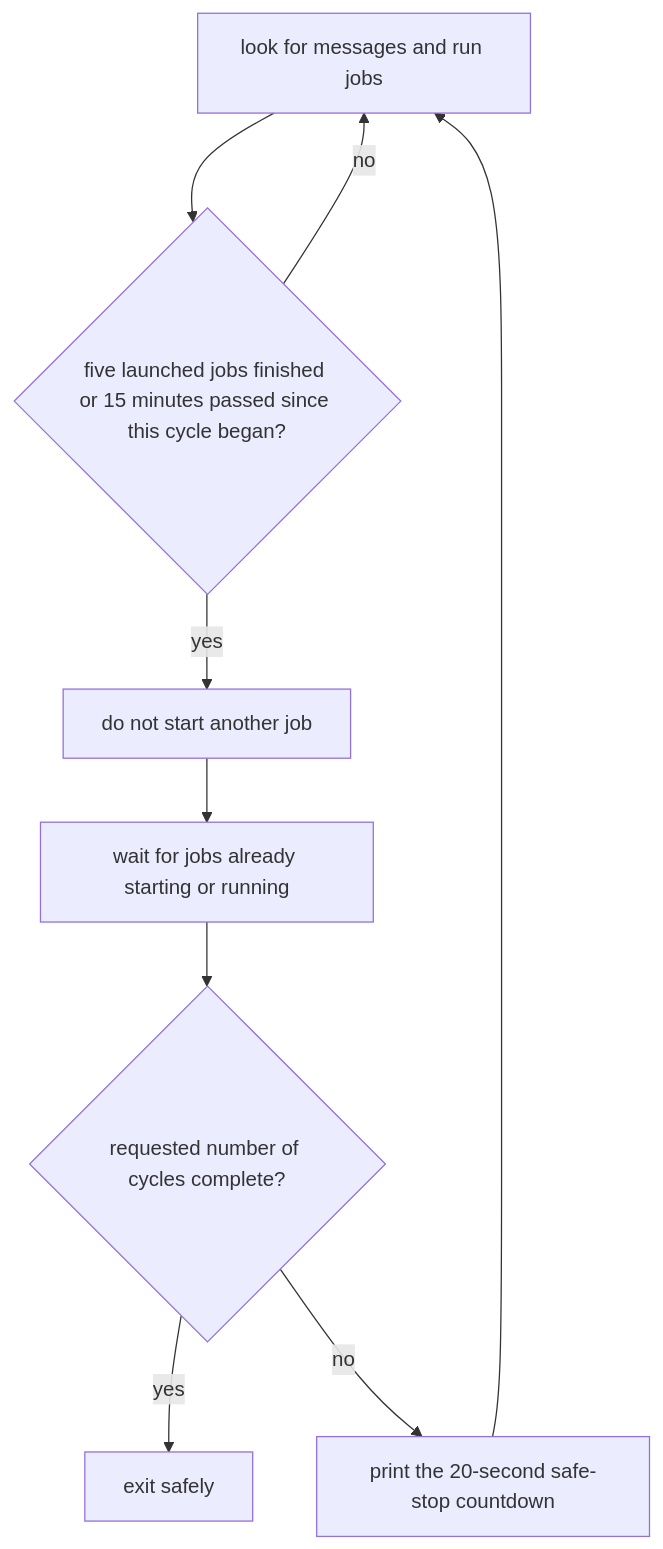
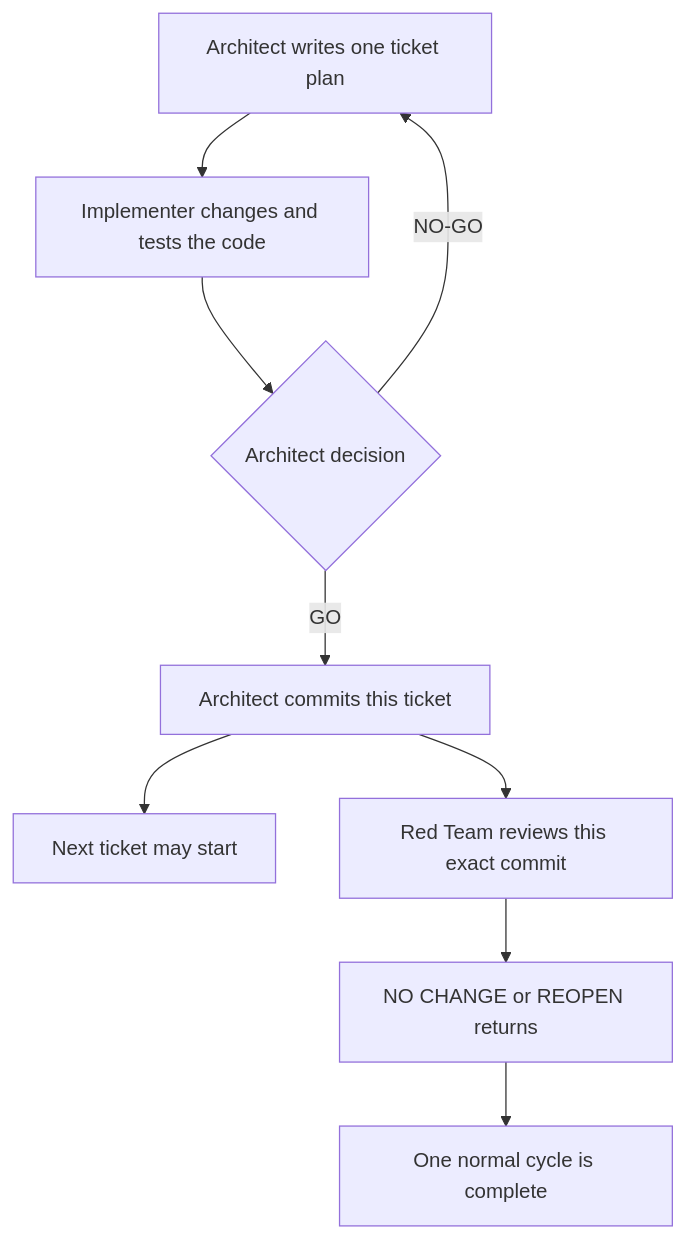
The diagram in ai/tools/README.md (SBU-COSMOLIKE/emulators_code_v2), drawn with Mermaid before and after one commit. The commit also changed other lines of this file and 22 other files, not shown here.

````diff
--- a/ai/tools/README.md
+++ b/ai/tools/README.md
@@ -1070,11 +1138,11 @@
 ```mermaid
 flowchart TD
-  W["look for messages and run jobs"] --> E{"five launched jobs finished or 15 minutes passed since this cycle began?"}
-  E -->|"no"| W
-  E -->|"yes"| N["do not start another job"]
-  N --> F["wait for jobs already starting or running"]
-  F --> C{"requested number of cycles complete?"}
-  C -->|"yes"| X["exit safely"]
-  C -->|"no"| S["print the 20-second safe-stop countdown"]
-  S --> W
+  A["Architect writes one ticket plan"] --> I["Implementer changes and tests the code"]
+  I --> D{"Architect decision"}
+  D -->|"NO-GO"| A
+  D -->|"GO"| C["Architect commits this ticket"]
+  C --> N["Next ticket may start"]
+  C --> R["Red Team reviews this exact commit"]
+  R --> X["NO CHANGE or REOPEN returns"]
+  X --> Z["One normal cycle is complete"]
 ```
````
